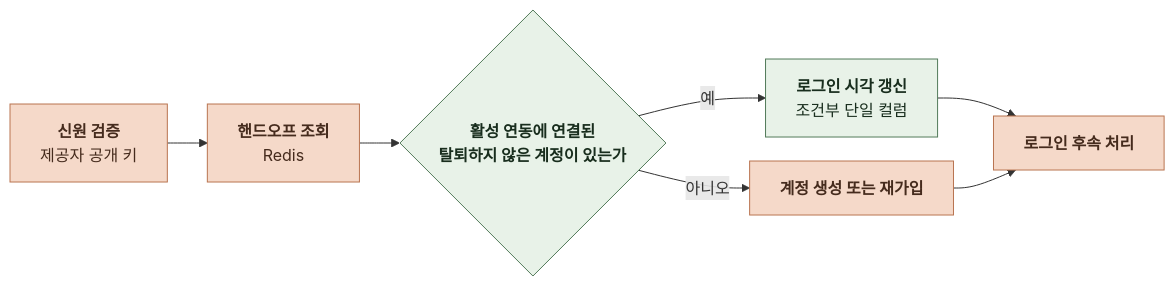
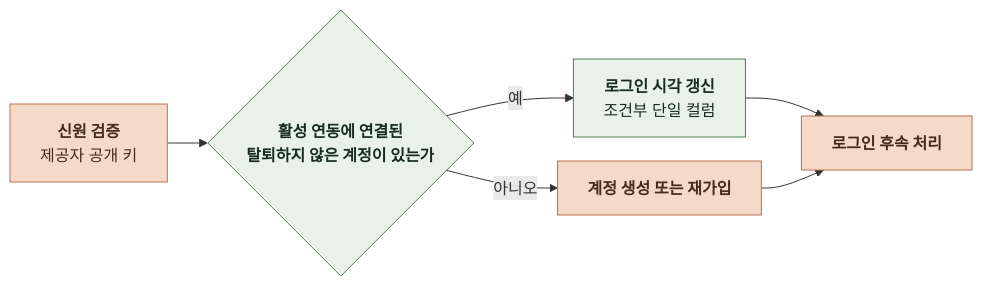
One commit to KIM-N-KANG/knk-harness changed the third of 15 diagrams in docs/domain/ACCOUNT/BACKEND/4-1-PIPELINES.md. Above: the diagram before and after it, drawn with Mermaid. The commit also changed other lines of this file and 15 other files, not shown here.

````diff
--- a/docs/domain/ACCOUNT/BACKEND/4-1-PIPELINES.md
+++ b/docs/domain/ACCOUNT/BACKEND/4-1-PIPELINES.md
@@ -107,18 +106,16 @@
 ```mermaid
 %%{init: {"flowchart": {"curve": "basis", "nodeSpacing": 24, "rankSpacing": 40}}}%%
 flowchart LR
     A["`**신원 검증**
-제공자 공개 키`"] --> B["`**핸드오프 조회**
-Redis`"]
-    B --> C{"`**활성 연동에 연결된
+제공자 공개 키`"] --> C{"`**활성 연동에 연결된
 탈퇴하지 않은 계정이 있는가**`"}
     C -->|예| D["`**로그인 시각 갱신**
 조건부 단일 컬럼`"]
     C -->|아니오| E["`**계정 생성 또는 재가입**`"]
     D --> F["`**로그인 후속 처리**`"]
     E --> F
     classDef comp fill:#E8F2E8,stroke:#527A59,color:#182D1D
     classDef task fill:#F5D9C9,stroke:#B97450,color:#452B1D
     class C,D comp
-    class A,B,E,F task
+    class A,E,F task
 ```
````
